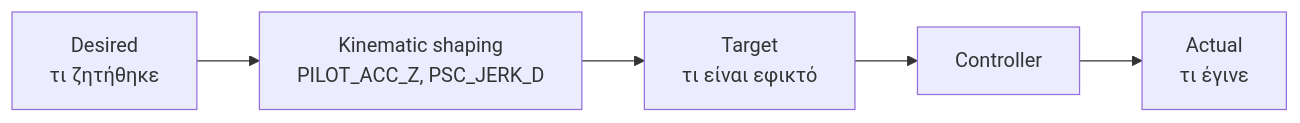
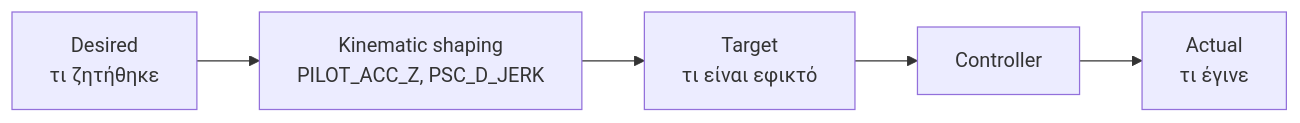
The fourth of 5 diagrams in Οδηγος copter/08-Altitude-Hold-Mode-Tuning.md (thanospaz/ardupilot), drawn with Mermaid before and after one commit. The commit also changed other lines of this file and 8 other files, not shown here.

````diff
--- a/Οδηγος copter/08-Altitude-Hold-Mode-Tuning.md
+++ b/Οδηγος copter/08-Altitude-Hold-Mode-Tuning.md
@@ -166,7 +166,7 @@
 ```mermaid
 flowchart LR
-    D["Desired<br/>τι ζητήθηκε"] --> S["Kinematic shaping<br/>PILOT_ACC_Z, PSC_JERK_D"]
+    D["Desired<br/>τι ζητήθηκε"] --> S["Kinematic shaping<br/>PILOT_ACC_Z, PSC_D_JERK"]
     S --> T["Target<br/>τι είναι εφικτό"]
     T --> C["Controller"]
     C --> A["Actual<br/>τι έγινε"]
 ```
````
